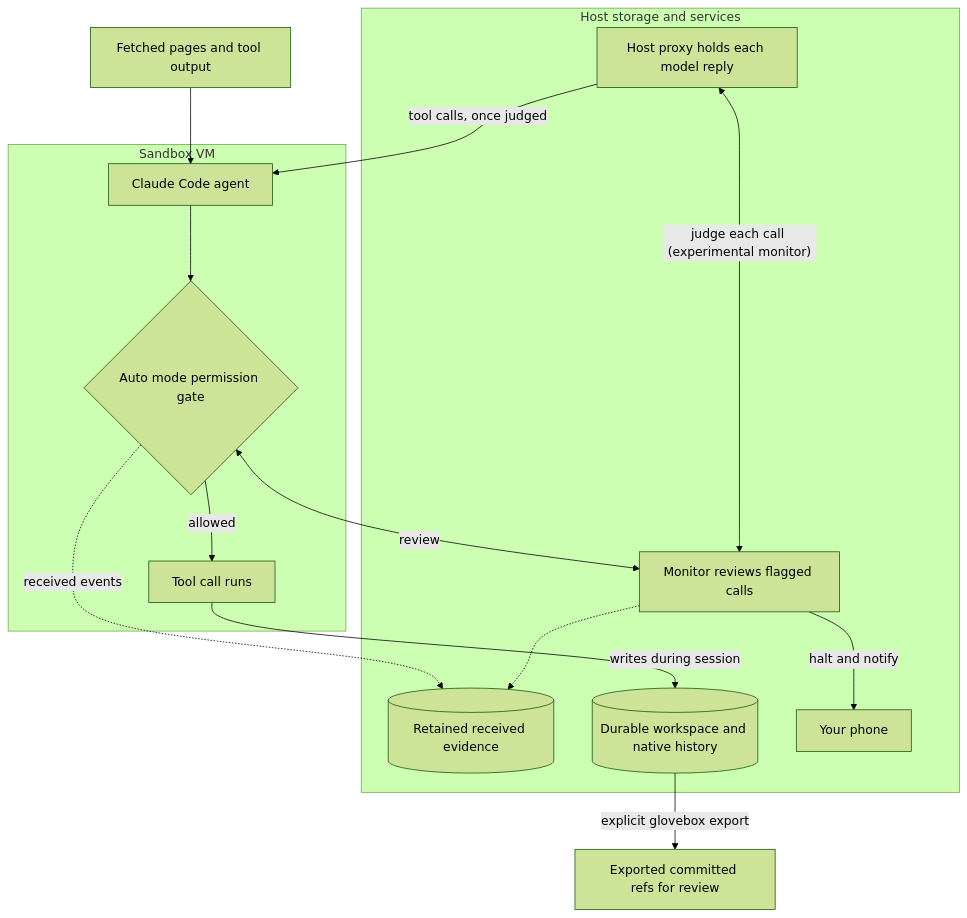
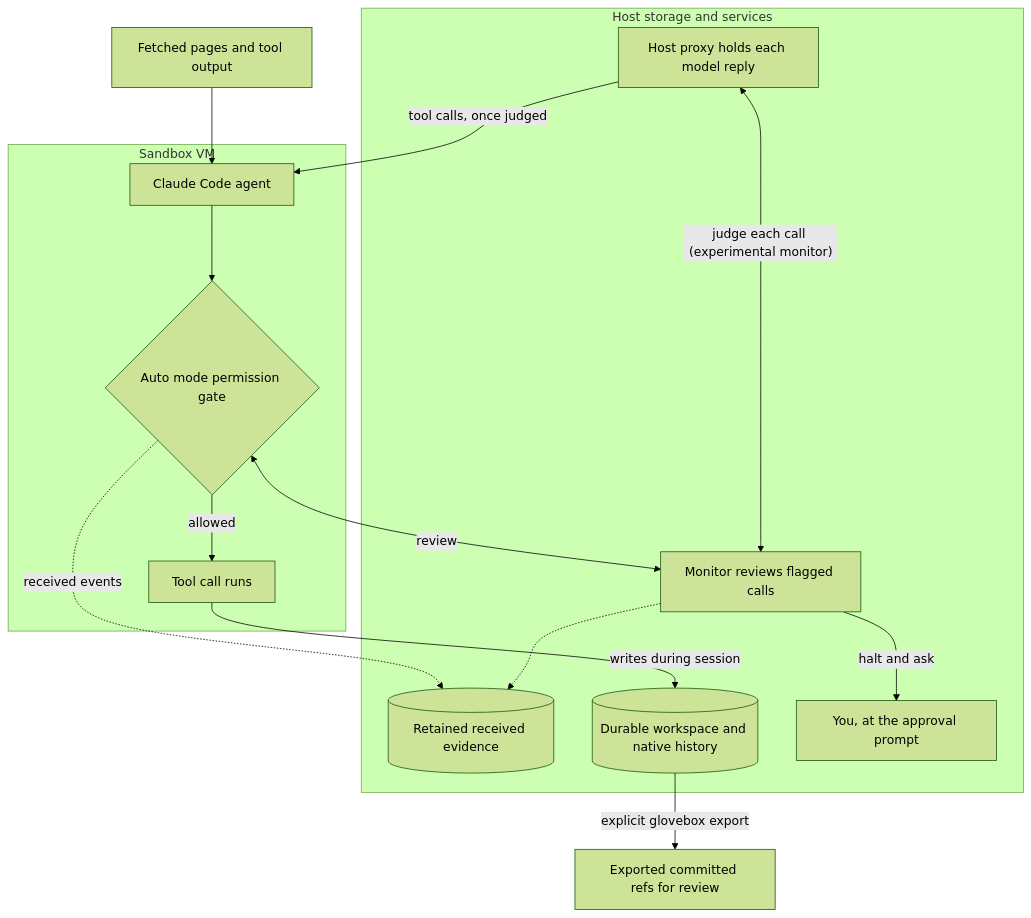
Before and after one commit to alexander-turner/TurnTrout.com: the diagram in quartz/plugins/transformers/.readme-snapshots/AlexanderMattTurner__agent-glovebox__main__README.md, drawn with Mermaid (forest theme). The commit also changed other lines of this file and 2 other files, not shown here.

````diff
--- a/quartz/plugins/transformers/.readme-snapshots/AlexanderMattTurner__agent-glovebox__main__README.md
+++ b/quartz/plugins/transformers/.readme-snapshots/AlexanderMattTurner__agent-glovebox__main__README.md
@@ -74,28 +74,28 @@
 ```mermaid
 flowchart TB
     IN["Fetched pages and tool output"]
     subgraph VM["Sandbox VM"]
         AGENT["Claude Code agent"]
         AUTO{"Auto mode permission gate"}
         RUN["Tool call runs"]
     end
     subgraph HOST["Host storage and services"]
         PROXY["Host proxy holds each model reply"]
         MON["Monitor reviews flagged calls"]
         AUDIT[("Retained received evidence")]
         WS[("Durable workspace and native history")]
-        PHONE["Your phone"]
+        YOU["You, at the approval prompt"]
     end
     BRANCH["Exported committed refs for review"]
     IN --> AGENT
     PROXY -->|"tool calls, once judged"| AGENT
     PROXY <-->|"judge each call (experimental monitor)"| MON
     AGENT --> AUTO
     AUTO -->|"allowed"| RUN
     AUTO <-->|"review"| MON
-    MON -->|"halt and notify"| PHONE
+    MON -->|"halt and ask"| YOU
     AUTO -.->|"received events"| AUDIT
     MON -.-> AUDIT
     RUN -->|"writes during session"| WS
     WS -->|"explicit glovebox export"| BRANCH
 ```
````
